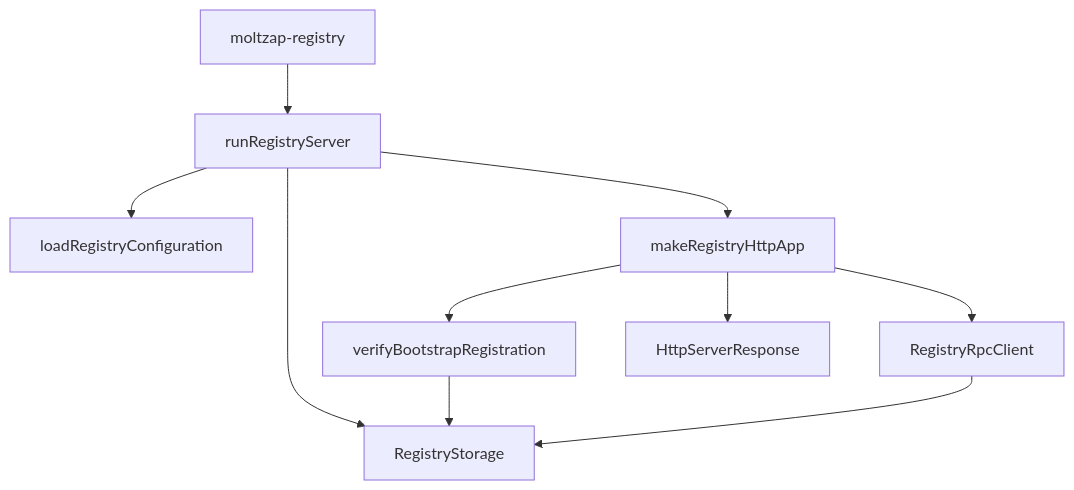
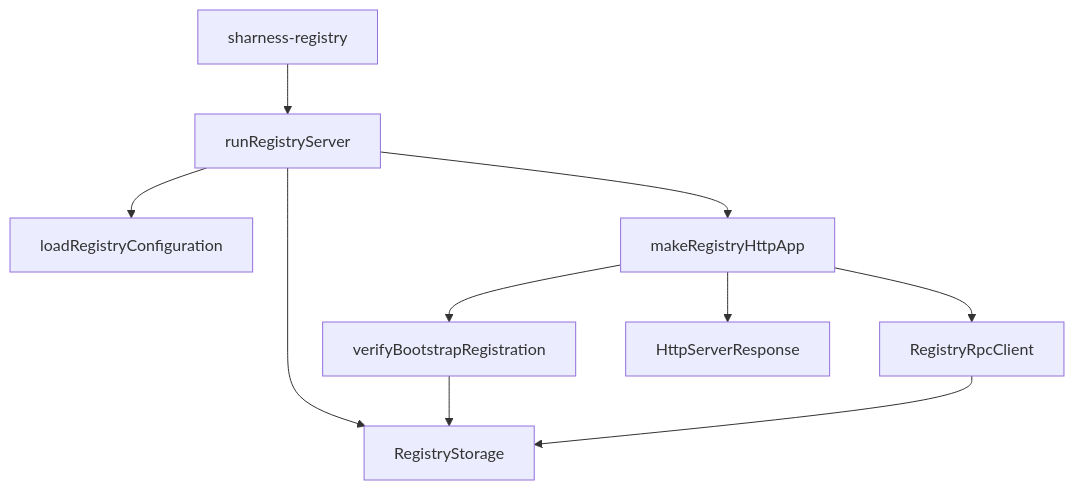
Before and after one commit to chughtapan/moltzap: the diagram in docs/modules/identity/src.mdx, drawn with Mermaid. The commit also changed other lines of this file and 171 other files, not shown here.

````diff
--- a/docs/modules/identity/src.mdx
+++ b/docs/modules/identity/src.mdx
@@ -943,12 +976,12 @@
 ```mermaid
 flowchart TD
-  Binary["moltzap-registry"] --> Server["runRegistryServer"]
+  Binary["sharness-registry"] --> Server["runRegistryServer"]
   Server --> Configuration["loadRegistryConfiguration"]
   Server --> Storage["RegistryStorage"]
   Server --> Http["makeRegistryHttpApp"]
   Http --> Admission["verifyBootstrapRegistration"]
   Http --> Rpc["RegistryRpcClient"]
   Admission --> Storage
   Rpc --> Storage
   Http --> Response["HttpServerResponse"]
 ```
````
